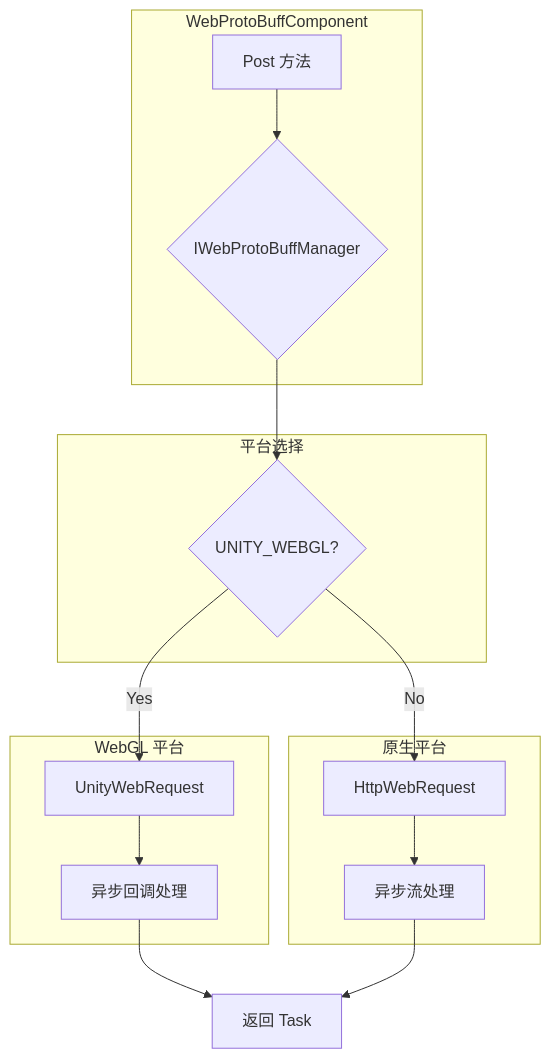
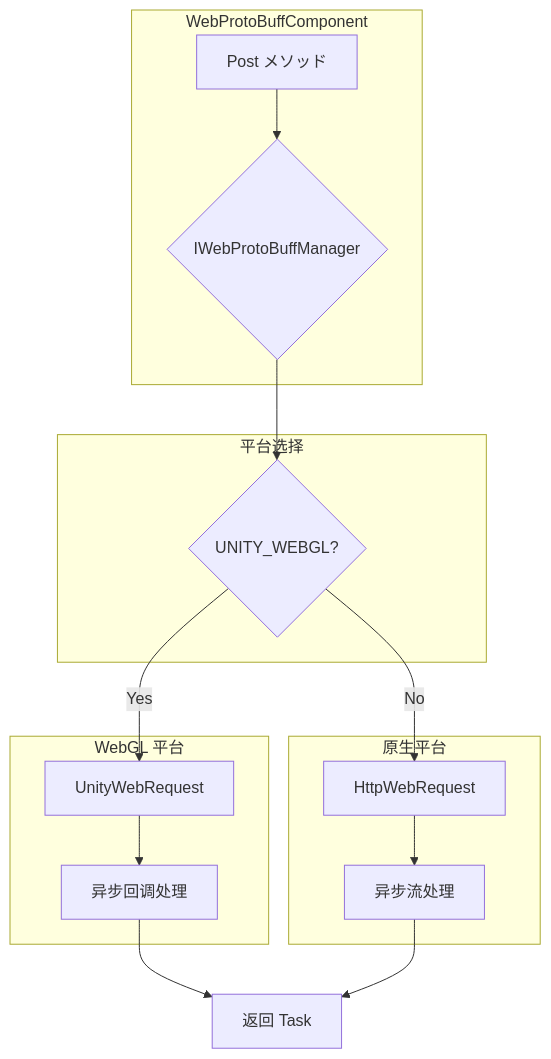
One commit to AlianBlank/GameFrameX.Docs changed the diagram in docs/ja/client/unity/component/web-protobuff/12.platform-info.md. Above: the diagram before and after it, drawn with Mermaid. The commit also changed other lines of this file and 603 other files, not shown here.

````diff
--- a/docs/ja/client/unity/component/web-protobuff/12.platform-info.md
+++ b/docs/ja/client/unity/component/web-protobuff/12.platform-info.md
@@ -31,23 +31,23 @@
 ```mermaid
 graph TD
     subgraph WebProtoBuffComponent["WebProtoBuffComponent"]
-        A[Post<T> 方法] --> B{IWebProtoBuffManager}
+        A[Post<T> メソッド] --> B{IWebProtoBuffManager}
     end
 
     subgraph PlatformSelection["平台选择"]
         B --> C{UNITY_WEBGL?}
     end
 
     subgraph WebGLPlatform["WebGL 平台"]
         C -->|Yes| D[UnityWebRequest]
         D --> E[异步回调处理]
     end
 
     subgraph NativePlatform["原生平台"]
         C -->|No| F[HttpWebRequest]
         F --> G[异步流处理]
     end
 
     E --> H[返回 Task<T>]
     G --> H
 ```
````
